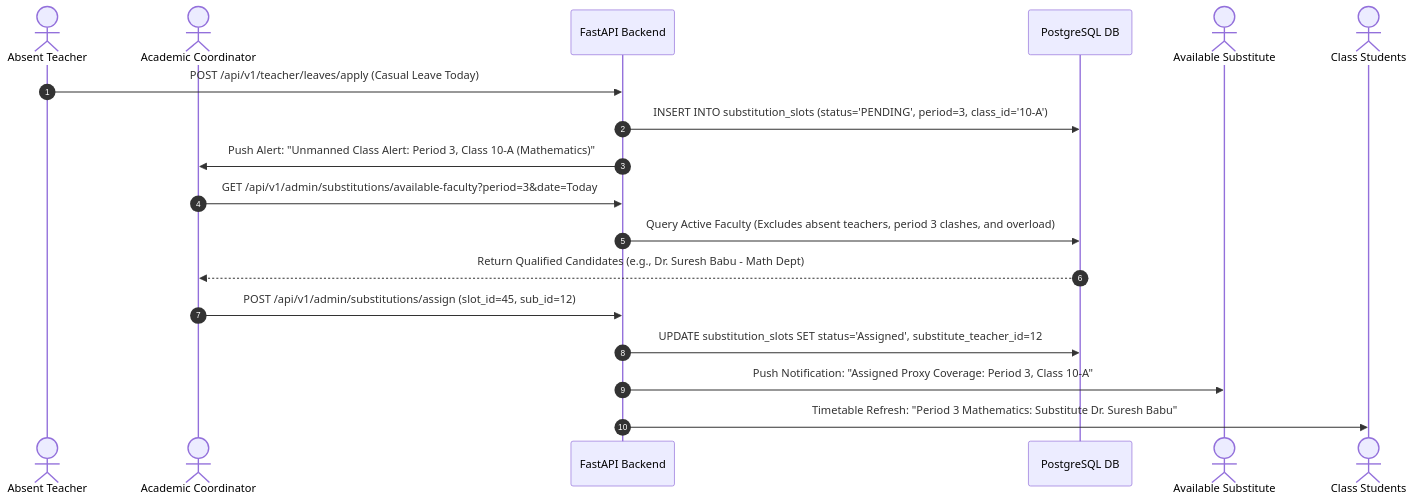
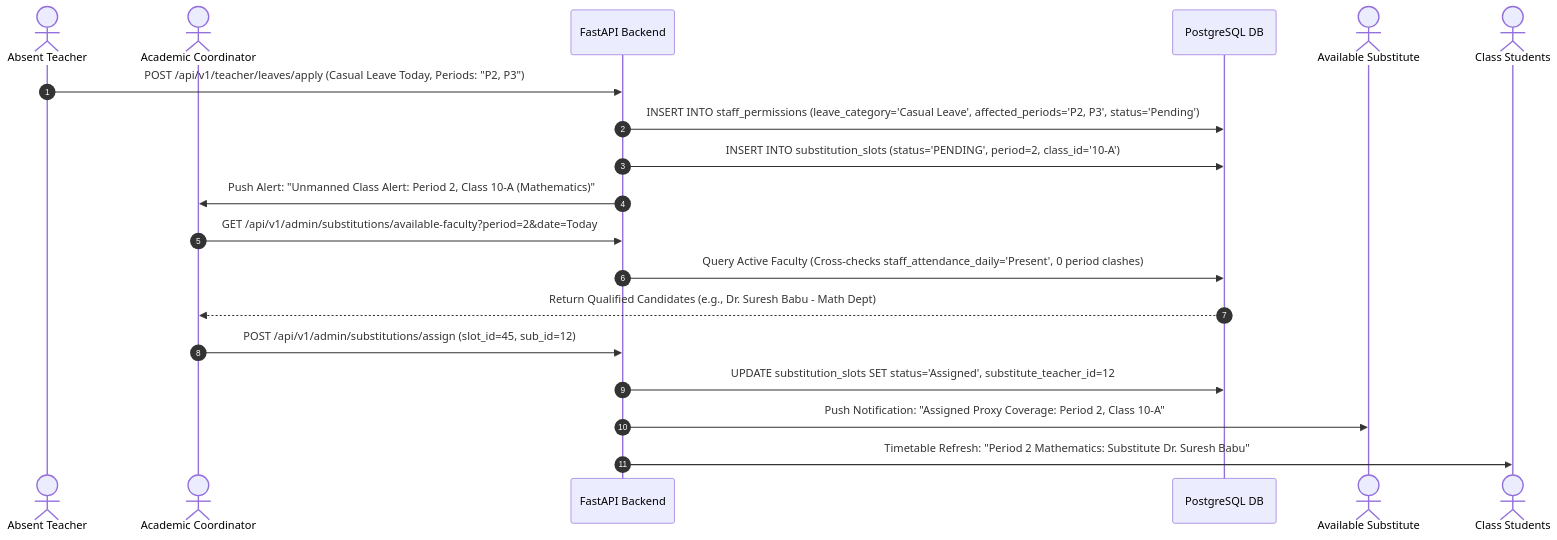
Diagram 18 of 19 in docs/architecture/ROLE_WISE_ARCHITECTURE_AND_WORKFLOWS.md (DiradzProducts/EDU360), drawn with Mermaid before and after one commit. The commit also changed other lines of this file and 6 other files, not shown here.

Commit message:
docs(architecture): synchronize role-wise workflows with payroll LOP, batch exam schedules, and clock engine (v8.5)

````diff
--- a/docs/architecture/ROLE_WISE_ARCHITECTURE_AND_WORKFLOWS.md
+++ b/docs/architecture/ROLE_WISE_ARCHITECTURE_AND_WORKFLOWS.md
@@ -658,21 +738,22 @@
 ```mermaid
 sequenceDiagram
     autonumber
     actor TeacherA as Absent Teacher
     actor AcadCoord as Academic Coordinator
     participant API as FastAPI Backend
     participant DB as PostgreSQL DB
     actor TeacherB as Available Substitute
     actor Students as Class Students
 
-    TeacherA->>API: POST /api/v1/teacher/leaves/apply (Casual Leave Today)
-    API->>DB: INSERT INTO substitution_slots (status='PENDING', period=3, class_id='10-A')
-    API->>AcadCoord: Push Alert: "Unmanned Class Alert: Period 3, Class 10-A (Mathematics)"
-    AcadCoord->>API: GET /api/v1/admin/substitutions/available-faculty?period=3&date=Today
-    API->>DB: Query Active Faculty (Excludes absent teachers, period 3 clashes, and overload)
+    TeacherA->>API: POST /api/v1/teacher/leaves/apply (Casual Leave Today, Periods: "P2, P3")
+    API->>DB: INSERT INTO staff_permissions (leave_category='Casual Leave', affected_periods='P2, P3', status='Pending')
+    API->>DB: INSERT INTO substitution_slots (status='PENDING', period=2, class_id='10-A')
+    API->>AcadCoord: Push Alert: "Unmanned Class Alert: Period 2, Class 10-A (Mathematics)"
+    AcadCoord->>API: GET /api/v1/admin/substitutions/available-faculty?period=2&date=Today
+    API->>DB: Query Active Faculty (Cross-checks staff_attendance_daily='Present', 0 period clashes)
     DB-->>AcadCoord: Return Qualified Candidates (e.g., Dr. Suresh Babu - Math Dept)
     AcadCoord->>API: POST /api/v1/admin/substitutions/assign (slot_id=45, sub_id=12)
     API->>DB: UPDATE substitution_slots SET status='Assigned', substitute_teacher_id=12
-    API->>TeacherB: Push Notification: "Assigned Proxy Coverage: Period 3, Class 10-A"
-    API->>Students: Timetable Refresh: "Period 3 Mathematics: Substitute Dr. Suresh Babu"
+    API->>TeacherB: Push Notification: "Assigned Proxy Coverage: Period 2, Class 10-A"
+    API->>Students: Timetable Refresh: "Period 2 Mathematics: Substitute Dr. Suresh Babu"
 ```
````
